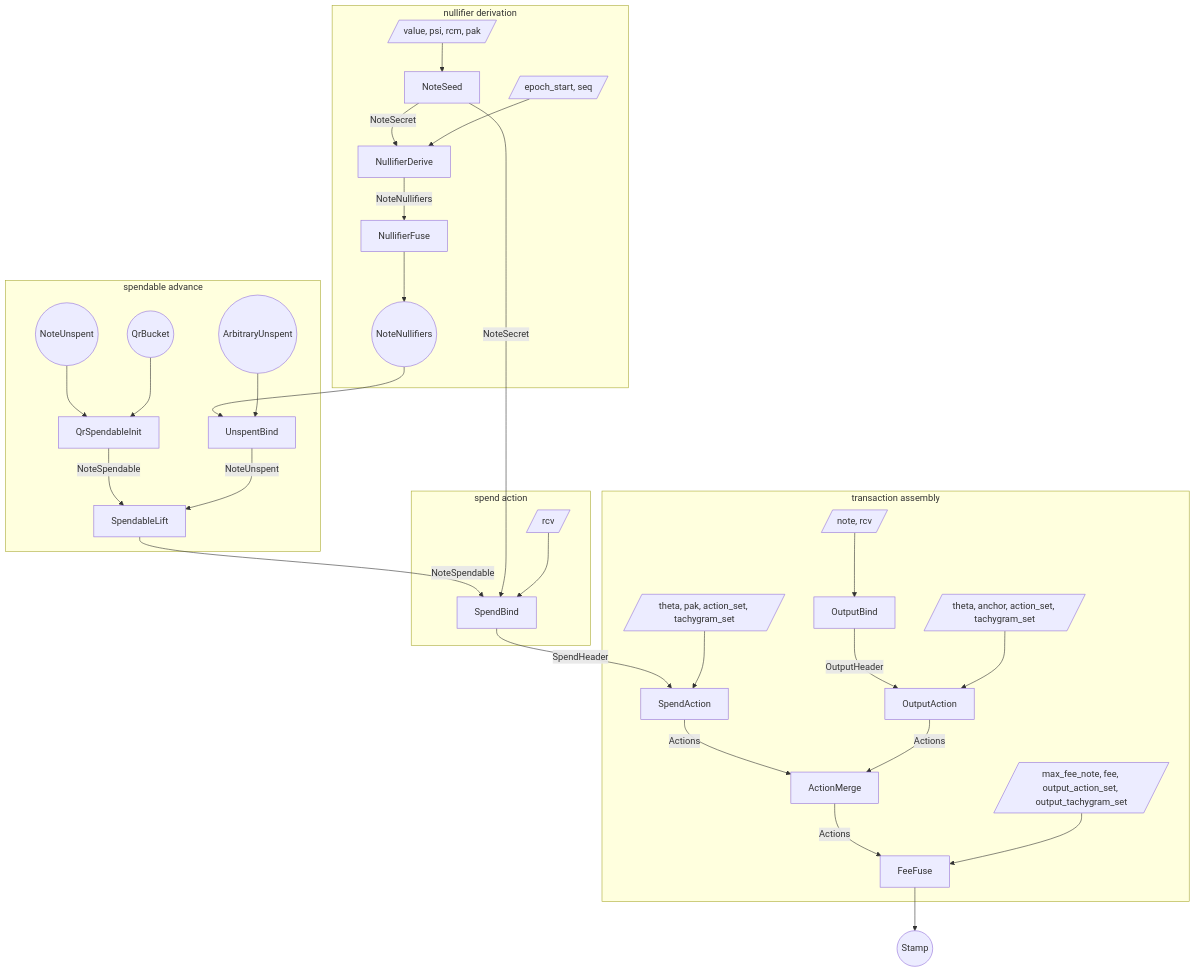
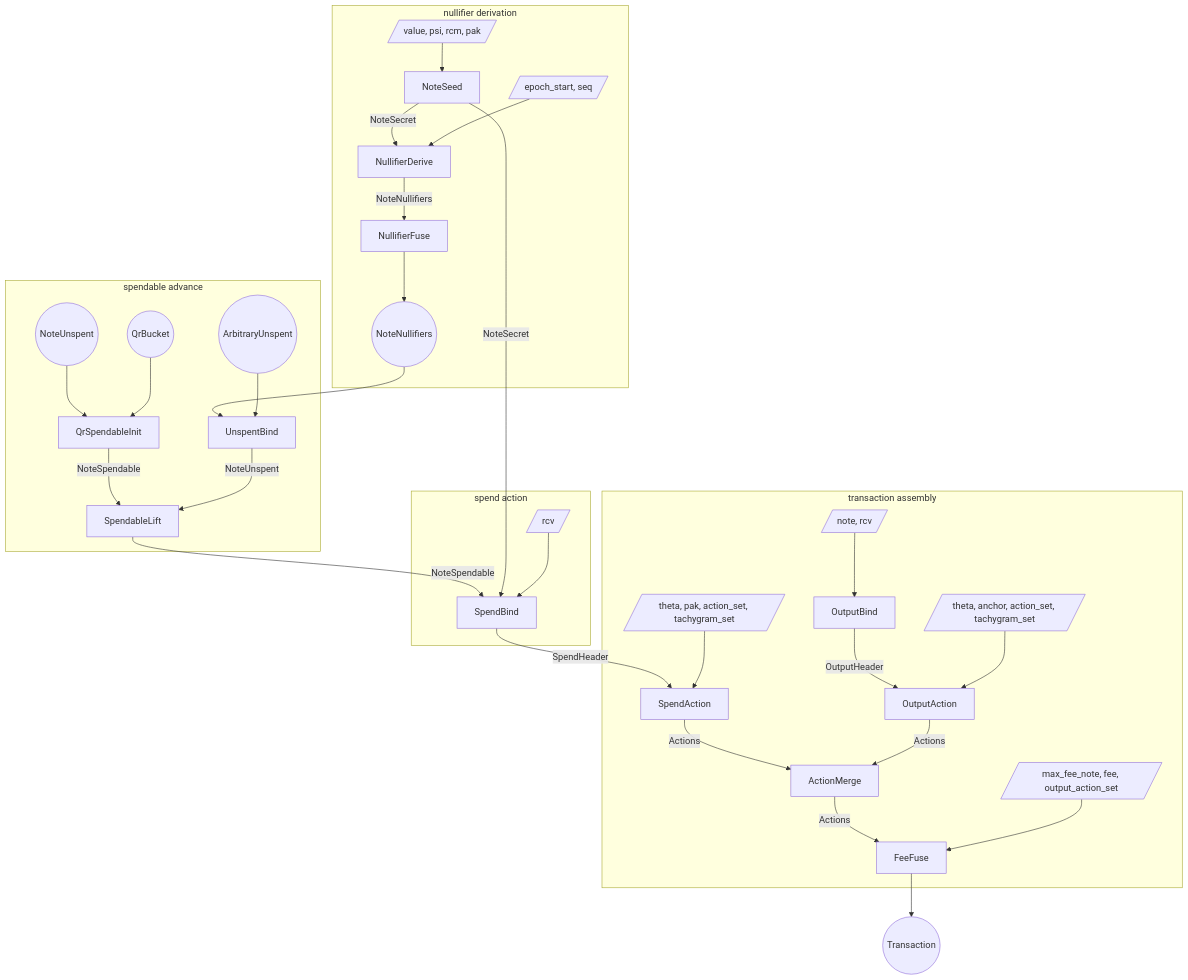
The first of 3 diagrams in book/src/proof-tree.md (tachyon-zcash/tachyon), drawn with Mermaid before and after one commit. The commit also changed other lines of this file and 29 other files, not shown here.

First line of the commit message:
feat(stamp): bind the fee-bearing stamp to its action set

````diff
--- a/book/src/proof-tree.md
+++ b/book/src/proof-tree.md
@@ -519,67 +517,67 @@
 ```mermaid
 flowchart TB
   subgraph derive [nullifier derivation]
     w_seed[/value, psi, rcm, pak/]
     s_seed[NoteSeed]
     w_window[/epoch_start, seq/]
     s_window[NullifierDerive]
     s_dfuse[NullifierFuse]
     nf_range((NoteNullifiers))
   end
 
   subgraph spendable [spendable advance]
     bucket_in((QrBucket))
     creation_in((NoteUnspent))
     s_init[QrSpendableInit]
     unspent_in((ArbitraryUnspent))
     s_unspentbind[UnspentBind]
     s_lift[SpendableLift]
   end
 
   subgraph spend_stamp [spend action]
     w_bind[/rcv/]
     s_bind[SpendBind]
   end
 
   subgraph merge [transaction assembly]
     w_stamp[/theta, pak, action_set, tachygram_set/]
     s_spendstamp[SpendAction]
     w_outbind[/note, rcv/]
     s_outbind[OutputBind]
     w_output[/theta, anchor, action_set, tachygram_set/]
     s_output[OutputAction]
     s_merge[ActionMerge]
-    w_fee[/max_fee_note, fee, output_action_set, output_tachygram_set/]
+    w_fee[/max_fee_note, fee, output_action_set/]
     s_fee[FeeFuse]
   end
 
-  stamp_out((Stamp))
+  stamp_out((Transaction))
 
   w_seed --> s_seed
   s_seed -->|NoteSecret| s_window
   w_window --> s_window
   s_window -->|NoteNullifiers| s_dfuse
   s_dfuse --> nf_range
 
   creation_in --> s_init
   bucket_in --> s_init
   nf_range --> s_unspentbind
   unspent_in --> s_unspentbind
   s_init -->|NoteSpendable| s_lift
   s_unspentbind -->|NoteUnspent| s_lift
   s_lift -->|NoteSpendable| s_bind
 
   s_seed -->|NoteSecret| s_bind
   w_bind --> s_bind
   s_bind -->|SpendHeader| s_spendstamp
   w_stamp --> s_spendstamp
 
   w_outbind --> s_outbind
   s_outbind -->|OutputHeader| s_output
   w_output --> s_output
   s_spendstamp -->|Actions| s_merge
   s_output -->|Actions| s_merge
   s_merge -->|Actions| s_fee
   w_fee --> s_fee
   s_fee --> stamp_out
 ```
````
